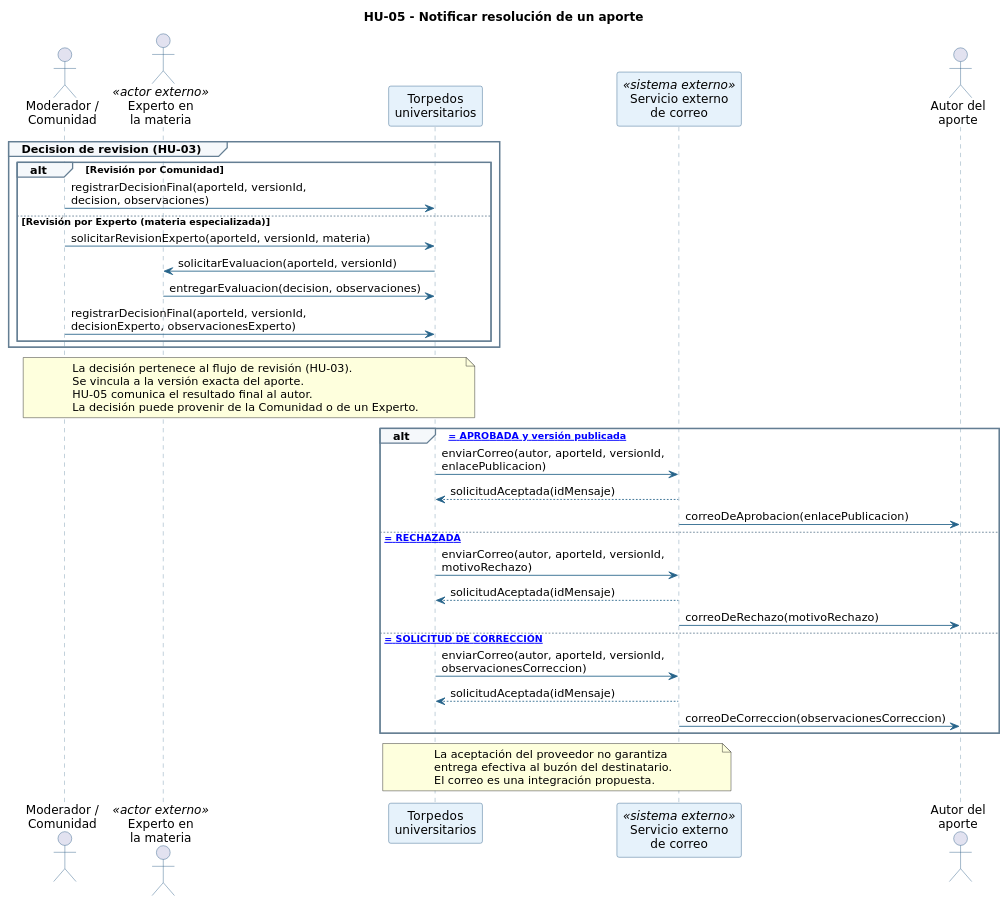
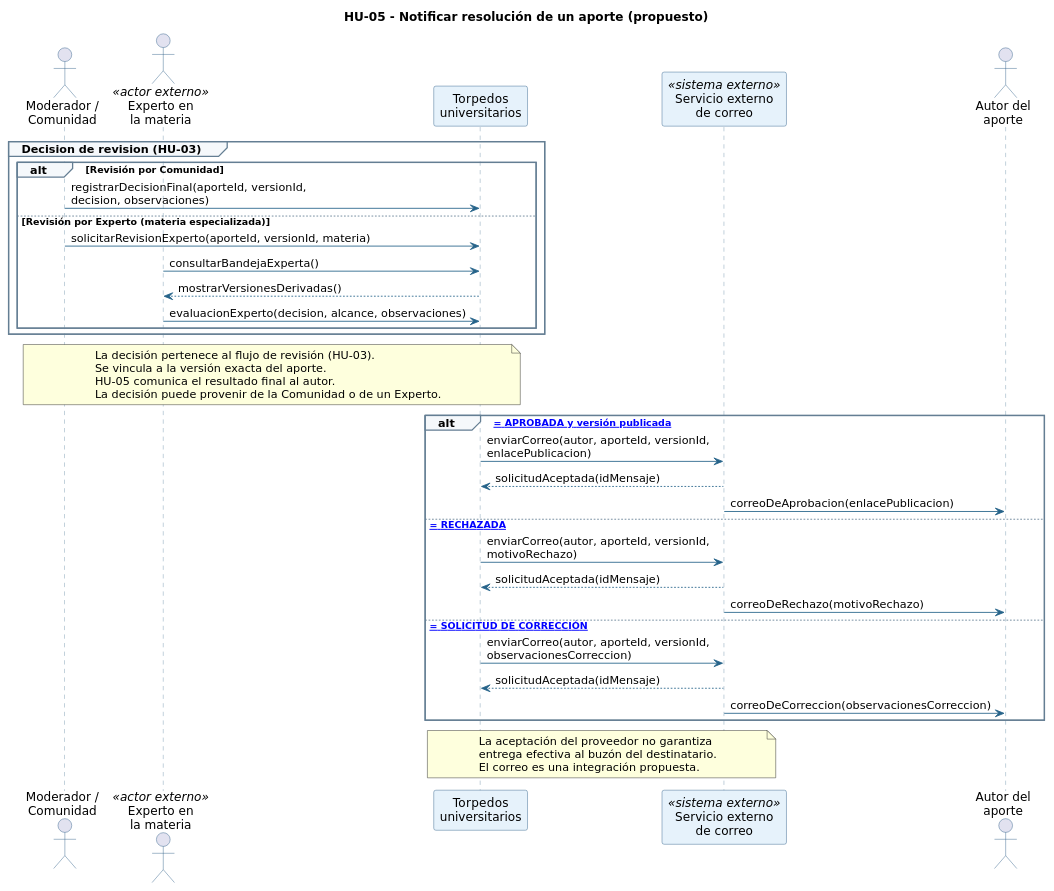
Before and after one commit to mapacheCorps/entrega: the diagram in diagramas/secuencia-hu-05-notificacion.puml, drawn with PlantUML. The commit also changed 40 other files, not shown here.

```diff
--- a/diagramas/secuencia-hu-05-notificacion.puml
+++ b/diagramas/secuencia-hu-05-notificacion.puml
@@ -1,60 +1,60 @@
 @startuml
-title HU-05 - Notificar resolución de un aporte
+title HU-05 - Notificar resolución de un aporte (propuesto)
 skinparam shadowing false
 skinparam backgroundColor white
 skinparam defaultFontName DejaVu Sans
 skinparam sequence {
   ArrowColor #26638A
   LifeLineBorderColor #7093AB
   LifeLineBackgroundColor #F5F9FC
   ParticipantBorderColor #2A5D85
   ParticipantBackgroundColor #E6F2FB
   ActorBorderColor #2A5D85
   GroupBorderColor #647E93
   GroupBackgroundColor #F5F8FB
 }
 
 autoactivate off
 actor "Moderador /\nComunidad" as MOD
 actor "Experto en\nla materia" as EXP <<actor externo>>
 participant "Torpedos\nuniversitarios" as SIS
 participant "Servicio externo\nde correo" as COR <<sistema externo>>
 actor "Autor del\naporte" as AUT
 
 group Decision de revision (HU-03)
   alt Revisión por Comunidad
     MOD -> SIS : registrarDecisionFinal(aporteId, versionId,\ndecision, observaciones)
   else Revisión por Experto (materia especializada)
     MOD -> SIS : solicitarRevisionExperto(aporteId, versionId, materia)
-    SIS -> EXP : solicitarEvaluacion(aporteId, versionId)
-    EXP -> SIS : entregarEvaluacion(decision, observaciones)
-    MOD -> SIS : registrarDecisionFinal(aporteId, versionId,\ndecisionExperto, observacionesExperto)
+    EXP -> SIS : consultarBandejaExperta()
+    SIS --> EXP : mostrarVersionesDerivadas()
+    EXP -> SIS : evaluacionExperto(decision, alcance, observaciones)
   end
 end
 note over MOD,SIS
   La decisión pertenece al flujo de revisión (HU-03).
   Se vincula a la versión exacta del aporte.
   HU-05 comunica el resultado final al autor.
   La decisión puede provenir de la Comunidad o de un Experto.
 end note
 
 alt [decisión = APROBADA y versión publicada]
   SIS -> COR : enviarCorreo(autor, aporteId, versionId,\nenlacePublicacion)
   COR --> SIS : solicitudAceptada(idMensaje)
   COR -> AUT : correoDeAprobacion(enlacePublicacion)
 else [decisión = RECHAZADA]
   SIS -> COR : enviarCorreo(autor, aporteId, versionId,\nmotivoRechazo)
   COR --> SIS : solicitudAceptada(idMensaje)
   COR -> AUT : correoDeRechazo(motivoRechazo)
 else [decisión = SOLICITUD DE CORRECCIÓN]
   SIS -> COR : enviarCorreo(autor, aporteId, versionId,\nobservacionesCorreccion)
   COR --> SIS : solicitudAceptada(idMensaje)
   COR -> AUT : correoDeCorreccion(observacionesCorreccion)
 end
 
 note over SIS,COR
   La aceptación del proveedor no garantiza
   entrega efectiva al buzón del destinatario.
   El correo es una integración propuesta.
 end note
 @enduml
```
